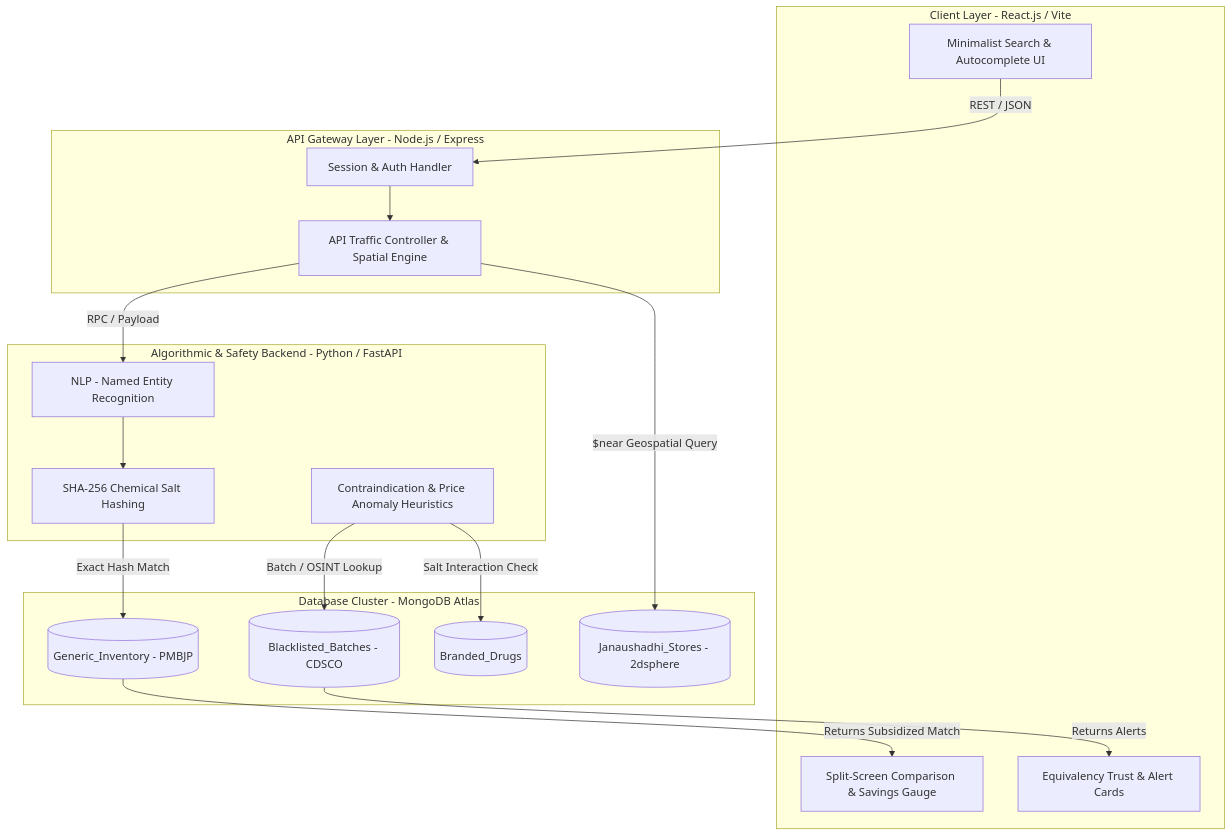
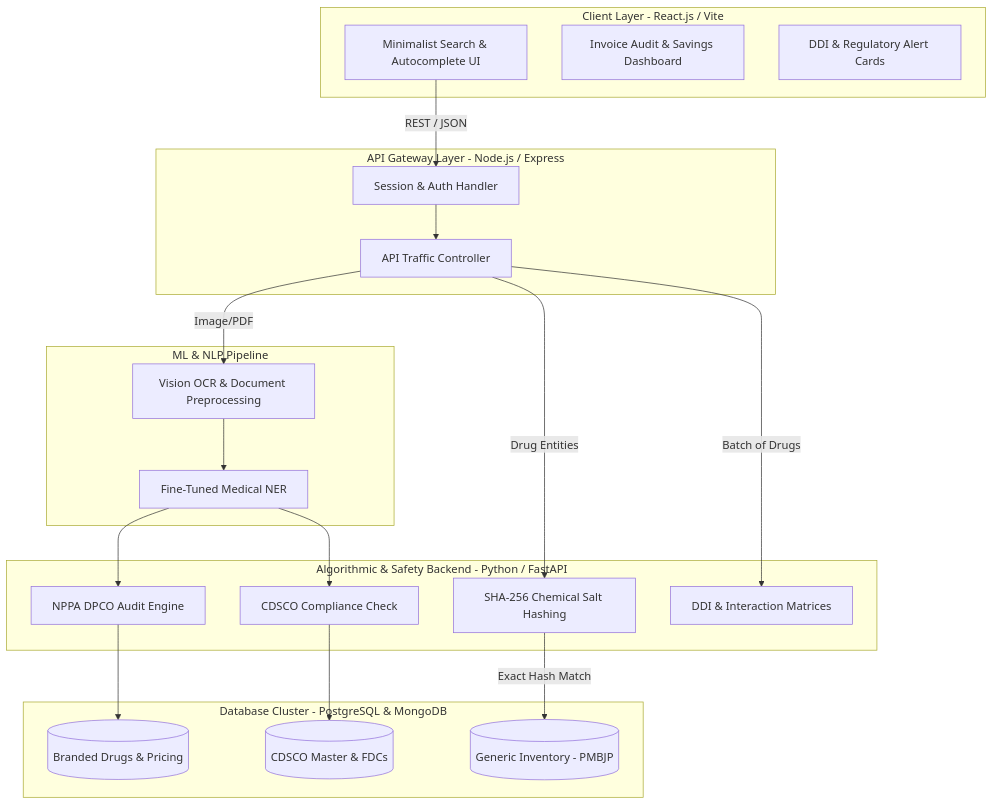
The diagram in README.md (panwarnihal/GenMed), drawn with Mermaid before and after one commit. The commit also changed other lines of this file and 2 other files, not shown here.

````diff
--- a/README.md
+++ b/README.md
@@ -26,37 +30,43 @@
 ```mermaid
 graph TD
     subgraph Client [Client Layer - React.js / Vite]
         UI[Minimalist Search & Autocomplete UI]
-        Gauge[Split-Screen Comparison & Savings Gauge]
-        SafetyCard[Equivalency Trust & Alert Cards]
+        AuditCard[Invoice Audit & Savings Dashboard]
+        SafetyCard[DDI & Regulatory Alert Cards]
     end
 
     subgraph Gateway [API Gateway Layer - Node.js / Express]
         Auth[Session & Auth Handler]
-        Router[API Traffic Controller & Spatial Engine]
+        Router[API Traffic Controller]
+    end
+
+    subgraph Intelligence [ML & NLP Pipeline]
+        OCR[Vision OCR & Document Preprocessing]
+        NER[Fine-Tuned Medical NER]
     end
 
     subgraph Microservice [Algorithmic & Safety Backend - Python / FastAPI]
-        NER[NLP - Named Entity Recognition]
         Hasher[SHA-256 Chemical Salt Hashing]
-        SafetyEngine[Contraindication & Price Anomaly Heuristics]
+        PricingEngine[NPPA DPCO Audit Engine]
+        RegulatoryEngine[CDSCO Compliance Check]
+        SafetyEngine[DDI & Interaction Matrices]
     end
 
-    subgraph Data [Database Cluster - MongoDB Atlas]
-        BD[(Branded_Drugs)]
-        GI[(Generic_Inventory - PMBJP)]
-        BB[(Blacklisted_Batches - CDSCO)]
-        JS[(Janaushadhi_Stores - 2dsphere)]
+    subgraph Data [Database Cluster - PostgreSQL & MongoDB]
+        BD[(Branded Drugs & Pricing)]
+        GI[(Generic Inventory - PMBJP)]
+        CDSCO[(CDSCO Master & FDCs)]
     end
 
     UI -->|REST / JSON| Auth
     Auth --> Router
-    Router -->|RPC / Payload| NER
-    NER --> Hasher
+    Router -->|Image/PDF| OCR
+    OCR --> NER
+    NER --> PricingEngine
+    NER --> RegulatoryEngine
+    Router -->|Drug Entities| Hasher
     Hasher -->|Exact Hash Match| GI
-    SafetyEngine -->|Batch / OSINT Lookup| BB
-    SafetyEngine -->|Salt Interaction Check| BD
-    Router -->|"$near Geospatial Query"| JS
-    GI -->|Returns Subsidized Match| Gauge
-    BB -->|Returns Alerts| SafetyCard
+    PricingEngine --> BD
+    RegulatoryEngine --> CDSCO
+    Router -->|Batch of Drugs| SafetyEngine
 ```
````
